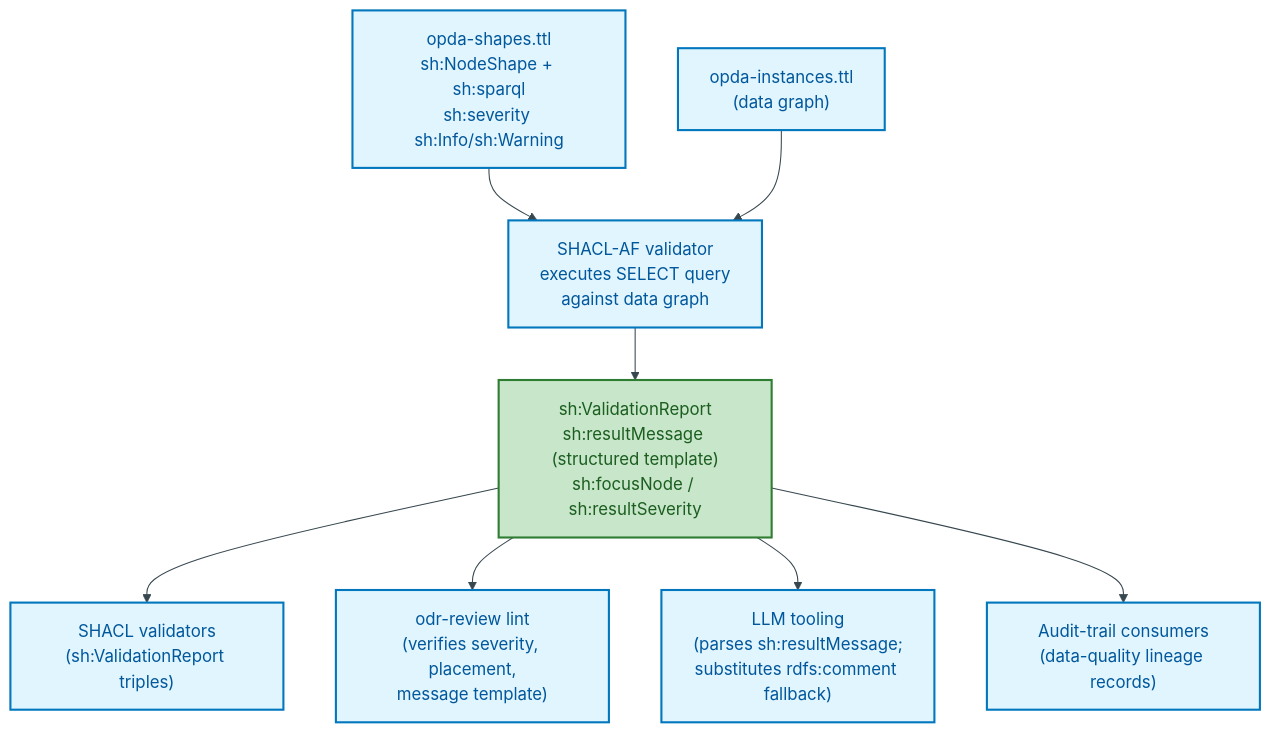
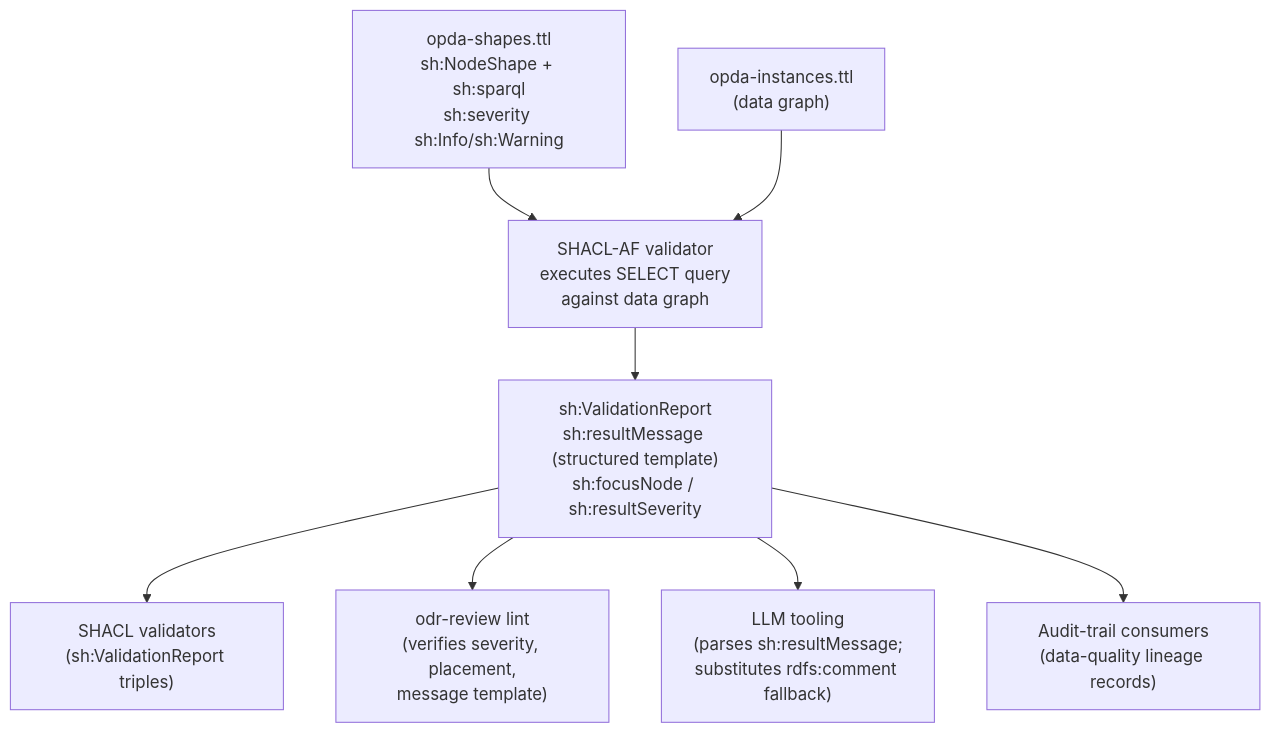
One commit to sparkling/opda changed the second of 4 diagrams in docs/ontology/odr/ODR-0017-shacl-af-quality-rules-pattern.md. Above: the diagram before and after it, drawn with Mermaid. The commit also changed other lines of this file and 25 other files, not shown here.

````diff
--- a/docs/ontology/odr/ODR-0017-shacl-af-quality-rules-pattern.md
+++ b/docs/ontology/odr/ODR-0017-shacl-af-quality-rules-pattern.md
@@ -99,19 +94,15 @@
 ```mermaid
-%%{init:{"theme":"base","themeVariables":{"primaryColor":"#E3F2FD","primaryTextColor":"#0D47A1","primaryBorderColor":"#1565C0","lineColor":"#37474F"}}}%%
 flowchart TD
     accTitle: SHACL-AF rule evaluation flow
     accDescr: Traces the path from rule declaration in opda-shapes.ttl through SPARQL evaluation and ValidationReport generation to the four downstream consumers.
-    classDef process fill:#E1F5FE,stroke:#0277BD,stroke-width:2px,color:#01579B
-    classDef decision fill:#FFF9C4,stroke:#F9A825,stroke-width:2px,color:#E65100
-    classDef output fill:#C8E6C9,stroke:#2E7D32,stroke-width:2px,color:#1B5E20
 
     S["opda-shapes.ttl<br/>sh:NodeShape + sh:sparql<br/>sh:severity sh:Info/sh:Warning"]:::process
     D["opda-instances.ttl<br/>(data graph)"]:::process
     S --> V["SHACL-AF validator<br/>executes SELECT query<br/>against data graph"]:::process
     D --> V
-    V --> R["sh:ValidationReport<br/>sh:resultMessage (structured template)<br/>sh:focusNode / sh:resultSeverity"]:::output
+    V --> R["sh:ValidationReport<br/>sh:resultMessage (structured template)<br/>sh:focusNode / sh:resultSeverity"]:::success
     R --> C1["SHACL validators<br/>(sh:ValidationReport triples)"]:::process
     R --> C2["odr-review lint<br/>(verifies severity, placement,<br/>message template)"]:::process
     R --> C3["LLM tooling<br/>(parses sh:resultMessage;<br/>substitutes rdfs:comment fallback)"]:::process
     R --> C4["Audit-trail consumers<br/>(data-quality lineage records)"]:::process
 ```
````
